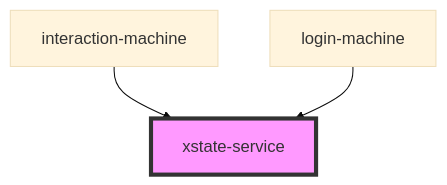
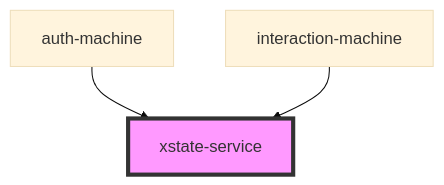
The diagram in src/components/xstate-service/readme.md (dinavinter/storybook-auth_collection), drawn with Mermaid (base theme) before and after one commit. The commit also changed other lines of this file and 24 other files, not shown here.

````diff
--- a/src/components/xstate-service/readme.md
+++ b/src/components/xstate-service/readme.md
@@ -32,6 +32,6 @@
 ```mermaid
 graph TD;
+  auth-machine --> xstate-service
   interaction-machine --> xstate-service
-  login-machine --> xstate-service
   style xstate-service fill:#f9f,stroke:#333,stroke-width:4px
 ```
````
